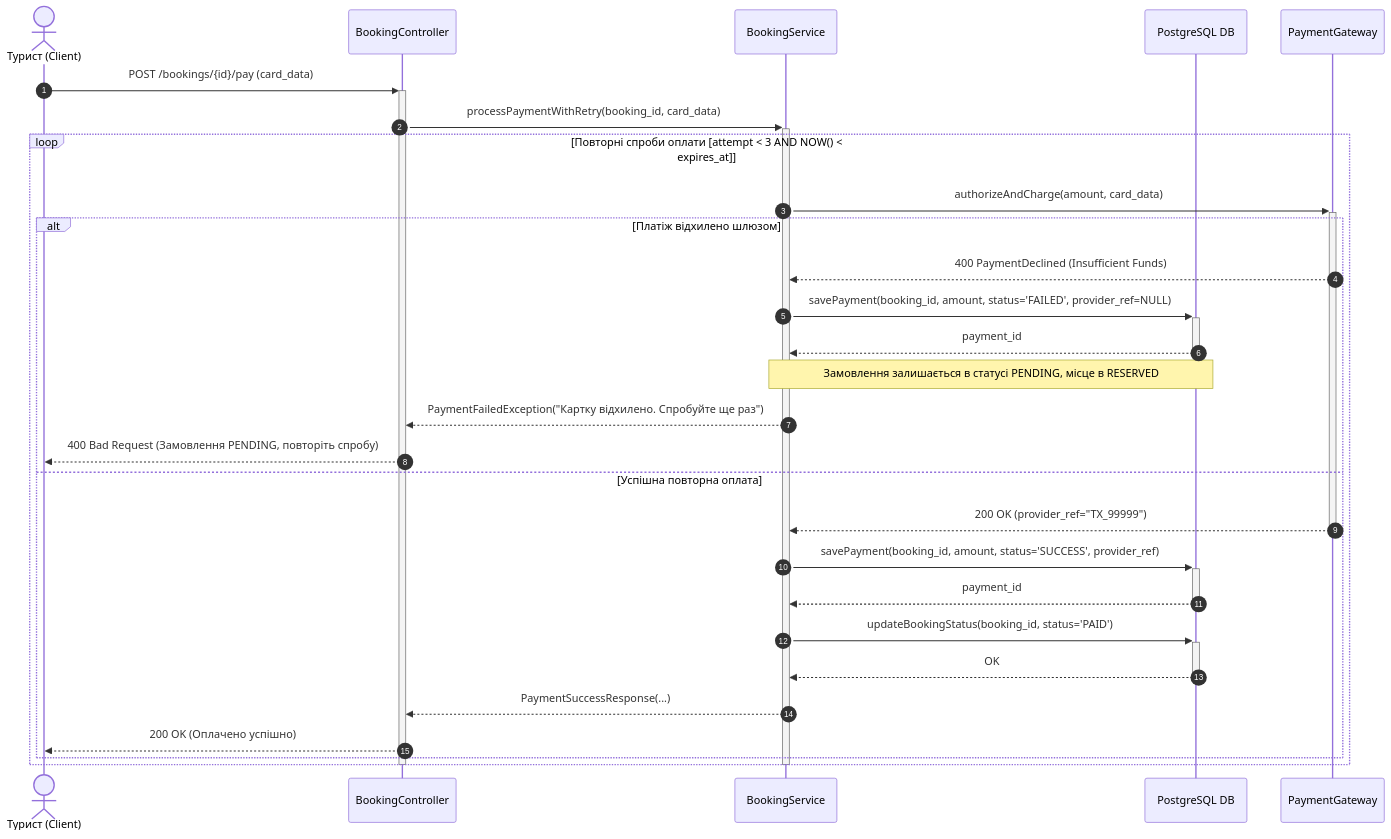
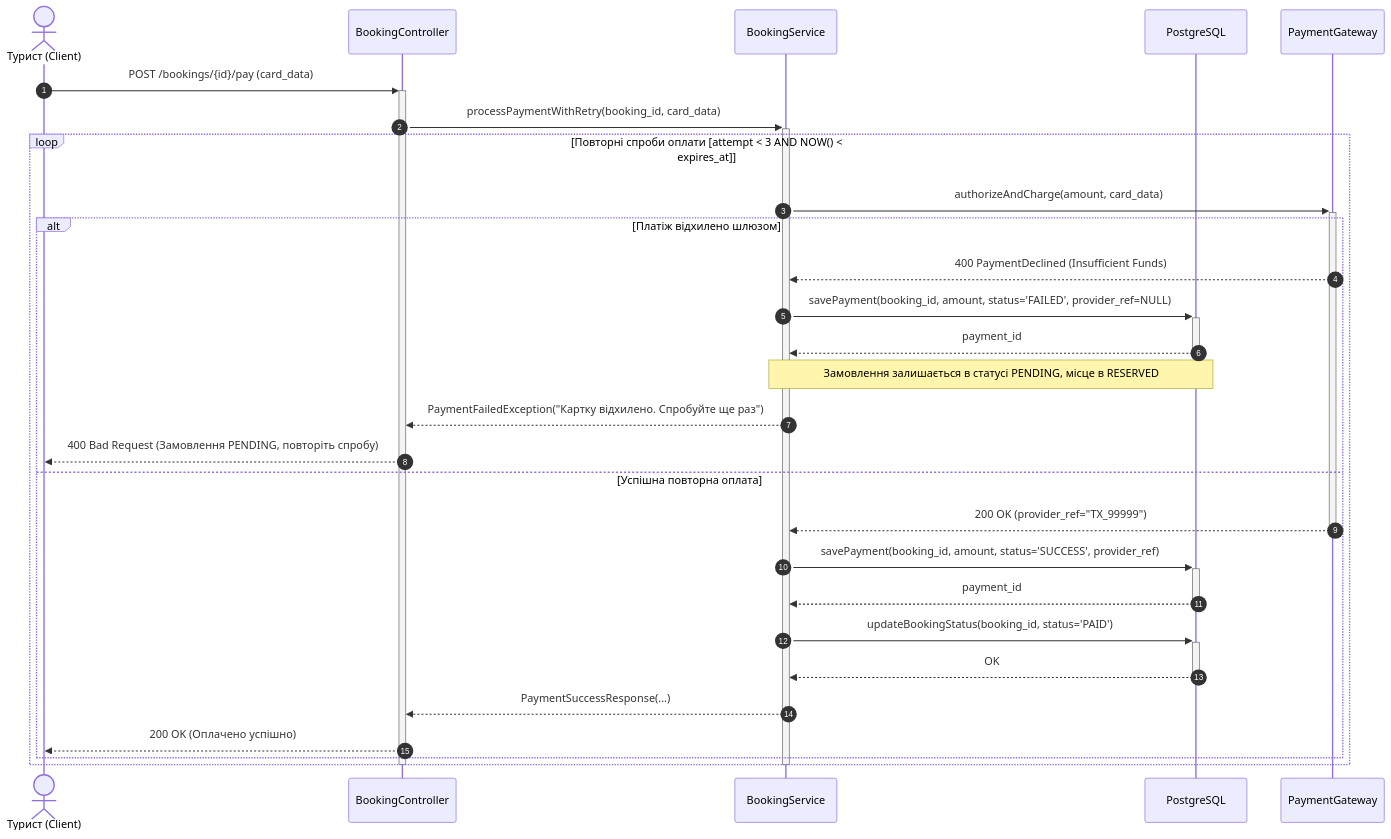
Before and after one commit to MVlance/kpi2_laba: the fifth of 6 diagrams in README.md, drawn with Mermaid. The commit also changed other lines of this file and 2 other files, not shown here.

Commit message:
feat(sequence-diagram): align sequence diagram with ERD by obtaining user email from DB. add spec.md and adr 0003.

````diff
--- a/README.md
+++ b/README.md
@@ -259,35 +262,35 @@
 ```mermaid
 sequenceDiagram
     autonumber
     actor Tourist as Турист (Client)
     participant API as BookingController
     participant Service as BookingService
-    participant DB as PostgreSQL DB
+    participant DB as PostgreSQL
     participant PG as PaymentGateway
 
     Tourist->>+API: POST /bookings/{id}/pay (card_data)
     API->>+Service: processPaymentWithRetry(booking_id, card_data)
 
     loop Повторні спроби оплати [attempt < 3 AND NOW() < expires_at]
         Service->>+PG: authorizeAndCharge(amount, card_data)
         alt Платіж відхилено шлюзом
             PG-->>Service: 400 PaymentDeclined (Insufficient Funds)
             Service->>+DB: savePayment(booking_id, amount, status='FAILED', provider_ref=NULL)
             DB-->>-Service: payment_id
             
             Note over Service,DB: Замовлення залишається в статусі PENDING, місце в RESERVED
             Service-->>API: PaymentFailedException("Картку відхилено. Спробуйте ще раз")
             API-->>Tourist: 400 Bad Request (Замовлення PENDING, повторіть спробу)
         else Успішна повторна оплата
             PG-->>-Service: 200 OK (provider_ref="TX_99999")
             Service->>+DB: savePayment(booking_id, amount, status='SUCCESS', provider_ref)
             DB-->>-Service: payment_id
             Service->>+DB: updateBookingStatus(booking_id, status='PAID')
             DB-->>-Service: OK
             Service-->>API: PaymentSuccessResponse(...)
             API-->>Tourist: 200 OK (Оплачено успішно)
         end
     end
     deactivate Service
     deactivate API
 ```
````
